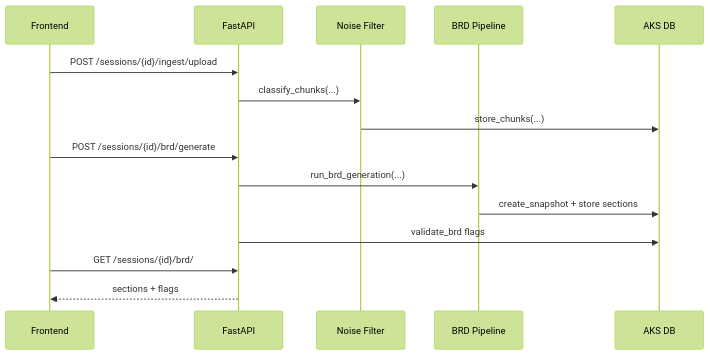
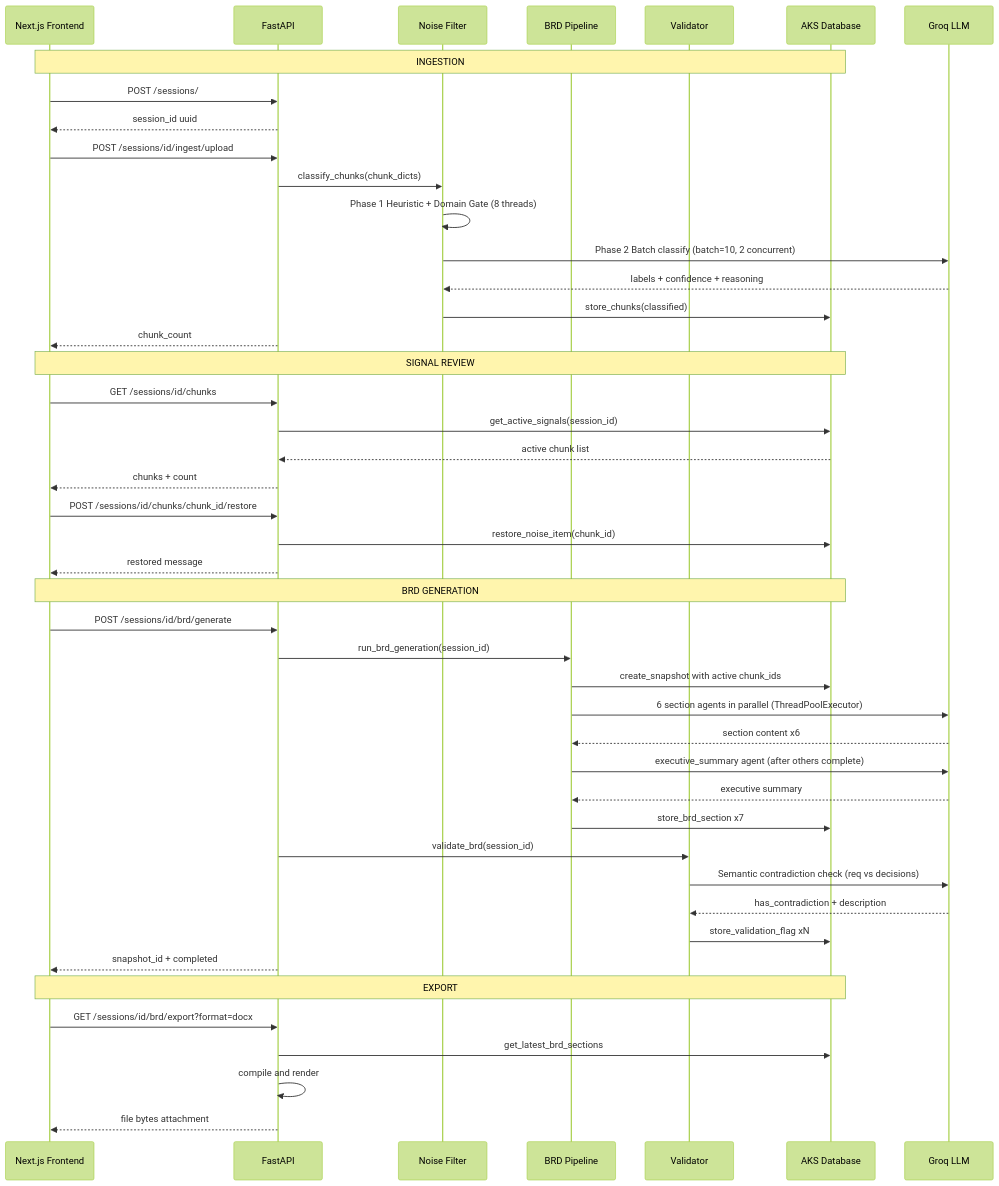
One commit to simplysandeepp/Beacon changed the fourth of 7 diagrams in README.md. Above: the diagram before and after it, drawn with Mermaid (forest theme). The commit also changed other lines of this file and 2 other files, not shown here.

````diff
--- a/README.md
+++ b/README.md
@@ -206,18 +324,53 @@
 ```mermaid
 sequenceDiagram
-    participant UI as Frontend
+    participant UI as Next.js Frontend
     participant API as FastAPI
     participant NF as Noise Filter
     participant BRD as BRD Pipeline
-    participant DB as AKS DB
+    participant VAL as Validator
+    participant DB as AKS Database
+    participant LLM as Groq LLM
 
-    UI->>API: POST /sessions/{id}/ingest/upload
-    API->>NF: classify_chunks(...)
-    NF->>DB: store_chunks(...)
-    UI->>API: POST /sessions/{id}/brd/generate
-    API->>BRD: run_brd_generation(...)
-    BRD->>DB: create_snapshot + store sections
-    API->>DB: validate_brd flags
-    UI->>API: GET /sessions/{id}/brd/
-    API-->>UI: sections + flags
+    Note over UI,DB: INGESTION
+    UI->>API: POST /sessions/
+    API-->>UI: session_id uuid
+
+    UI->>API: POST /sessions/id/ingest/upload
+    API->>NF: classify_chunks(chunk_dicts)
+    NF->>NF: Phase 1 Heuristic + Domain Gate (8 threads)
+    NF->>LLM: Phase 2 Batch classify (batch=10, 2 concurrent)
+    LLM-->>NF: labels + confidence + reasoning
+    NF->>DB: store_chunks(classified)
+    API-->>UI: chunk_count
+
+    Note over UI,DB: SIGNAL REVIEW
+    UI->>API: GET /sessions/id/chunks
+    API->>DB: get_active_signals(session_id)
+    DB-->>API: active chunk list
+    API-->>UI: chunks + count
+
+    UI->>API: POST /sessions/id/chunks/chunk_id/restore
+    API->>DB: restore_noise_item(chunk_id)
+    API-->>UI: restored message
+
+    Note over UI,DB: BRD GENERATION
+    UI->>API: POST /sessions/id/brd/generate
+    API->>BRD: run_brd_generation(session_id)
+    BRD->>DB: create_snapshot with active chunk_ids
+    BRD->>LLM: 6 section agents in parallel (ThreadPoolExecutor)
+    LLM-->>BRD: section content x6
+    BRD->>LLM: executive_summary agent (after others complete)
+    LLM-->>BRD: executive summary
+    BRD->>DB: store_brd_section x7
+    API->>VAL: validate_brd(session_id)
+    VAL->>LLM: Semantic contradiction check (req vs decisions)
+    LLM-->>VAL: has_contradiction + description
+    VAL->>DB: store_validation_flag xN
+    API-->>UI: snapshot_id + completed
+
+    Note over UI,DB: EXPORT
+    UI->>API: GET /sessions/id/brd/export?format=docx
+    API->>DB: get_latest_brd_sections
+    API->>API: compile and render
+    API-->>UI: file bytes attachment
 ```
````
